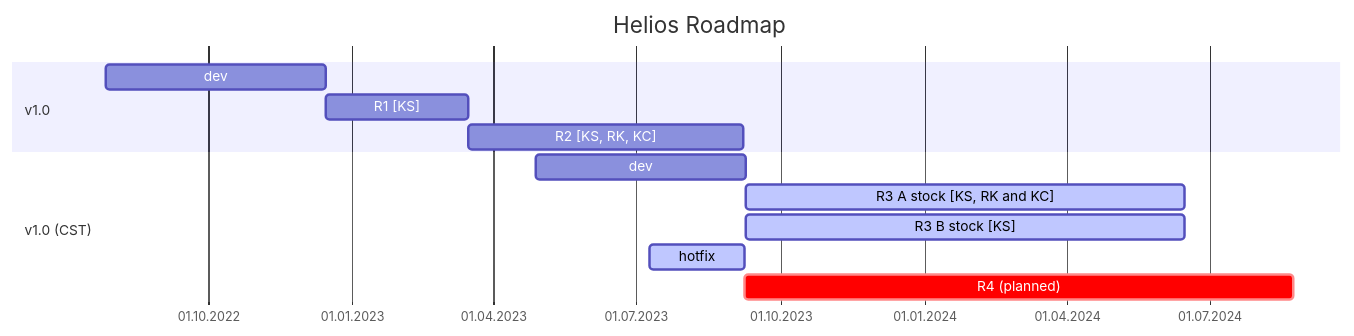
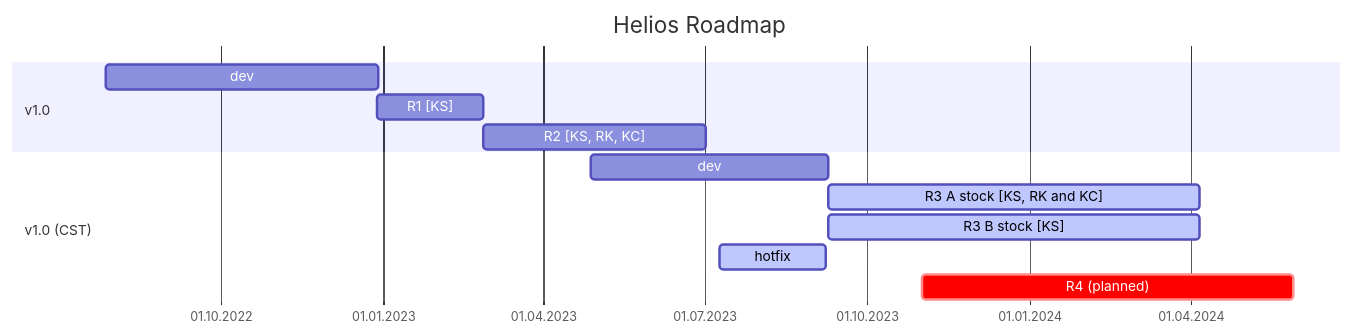
The diagram in content/0xcb-helios/infos/index.md (0xCB-dev/docs.keeb.supply), drawn with Mermaid before and after one commit. The commit also changed other lines of this file and 3 other files, not shown here.

````diff
--- a/content/0xcb-helios/infos/index.md
+++ b/content/0xcb-helios/infos/index.md
@@ -30,17 +30,20 @@
 ```mermaid
+
+
+
 gantt
     title Helios Roadmap
     todayMarker off
     dateFormat  YYYY-MM-DD
     axisFormat %d.%m.%Y
     section v1.0
-    dev                         :2022-07-28, 20w
-    R1 [KS]                     :13w
-    R2 [KS, RK, KC]             :25w
+    dev                         :2022-07-28, 22w
+    R1 [KS]                     :2022-12-28, 2023-02-26
+    R2 [KS, RK, KC]             :2023-02-26, 2023-07-02
     section v1.0 (CST)
-    dev                         :2023-04-28  , 2023-09-09
-    R3 A stock [KS, RK and KC]  :active,2023-09-09  , 40w
-    R3 B stock [KS]             :active,2023-09-09  , 40w
+    dev                         :2023-04-28 , 2023-09-09
+    R3 A stock [KS, RK and KC]  :active,2023-09-09  , 30w
+    R3 B stock [KS]             :active,2023-09-09  , 30w
     hotfix                      :active, 2023-07-10 , 60d
-    R4 (planned)                :crit,50w
+    R4 (planned)                :crit, 2023-11-01, 30w
 ```
````
